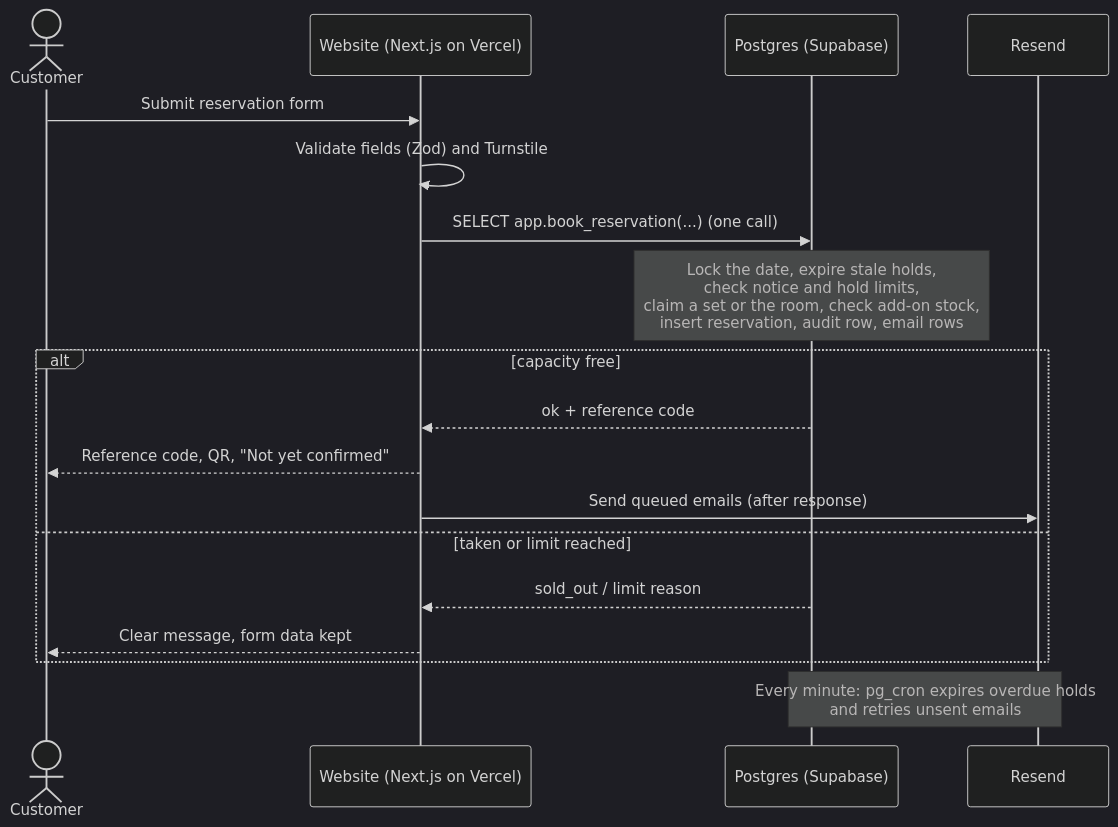
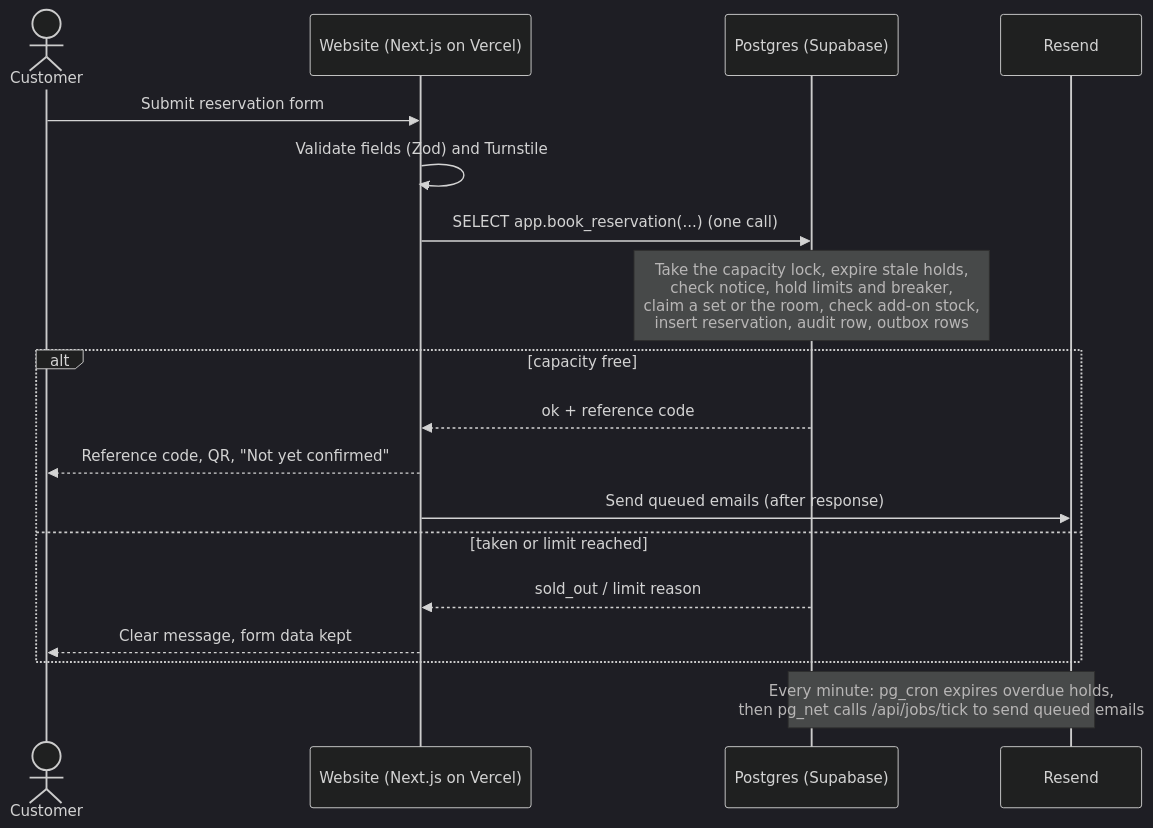
One commit to DevNarvs/kasoundbox-2026 changed the second of 2 diagrams in docs/superpowers/specs/2026-10-21-kasoundbox-design.md. Above: the diagram before and after it, drawn with Mermaid (dark theme). The commit also changed other lines of this file, not shown here.

````diff
--- a/docs/superpowers/specs/2026-10-21-kasoundbox-design.md
+++ b/docs/superpowers/specs/2026-10-21-kasoundbox-design.md
@@ -248,20 +379,20 @@
 ```mermaid
 sequenceDiagram
     actor C as Customer
     participant W as Website (Next.js on Vercel)
     participant DB as Postgres (Supabase)
     participant E as Resend
     C->>W: Submit reservation form
     W->>W: Validate fields (Zod) and Turnstile
     W->>DB: SELECT app.book_reservation(...)  (one call)
-    Note over DB: Lock the date, expire stale holds,<br/>check notice and hold limits,<br/>claim a set or the room, check add-on stock,<br/>insert reservation, audit row, email rows
+    Note over DB: Take the capacity lock, expire stale holds,<br/>check notice, hold limits and breaker,<br/>claim a set or the room, check add-on stock,<br/>insert reservation, audit row, outbox rows
     alt capacity free
         DB-->>W: ok + reference code
         W-->>C: Reference code, QR, "Not yet confirmed"
         W->>E: Send queued emails (after response)
     else taken or limit reached
         DB-->>W: sold_out / limit reason
         W-->>C: Clear message, form data kept
     end
-    Note over DB,E: Every minute: pg_cron expires overdue holds<br/>and retries unsent emails
+    Note over DB,E: Every minute: pg_cron expires overdue holds,<br/>then pg_net calls /api/jobs/tick to send queued emails
 ```
````
